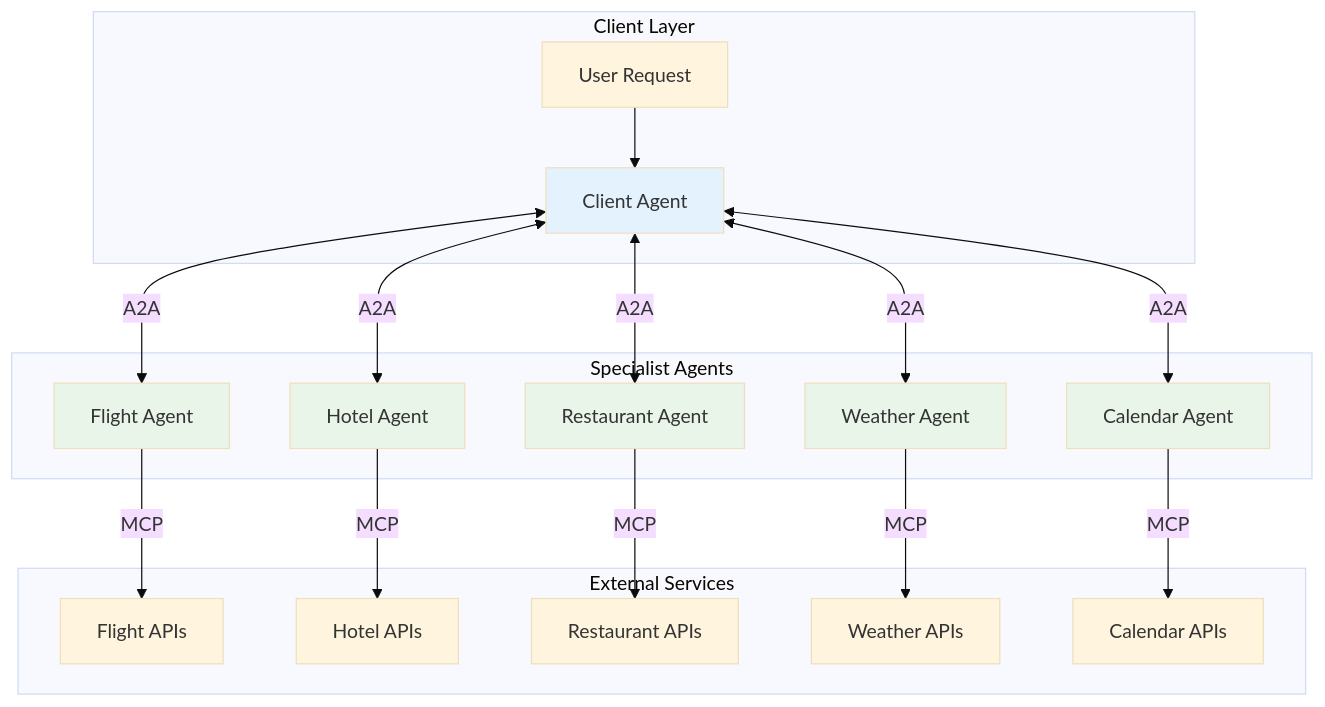
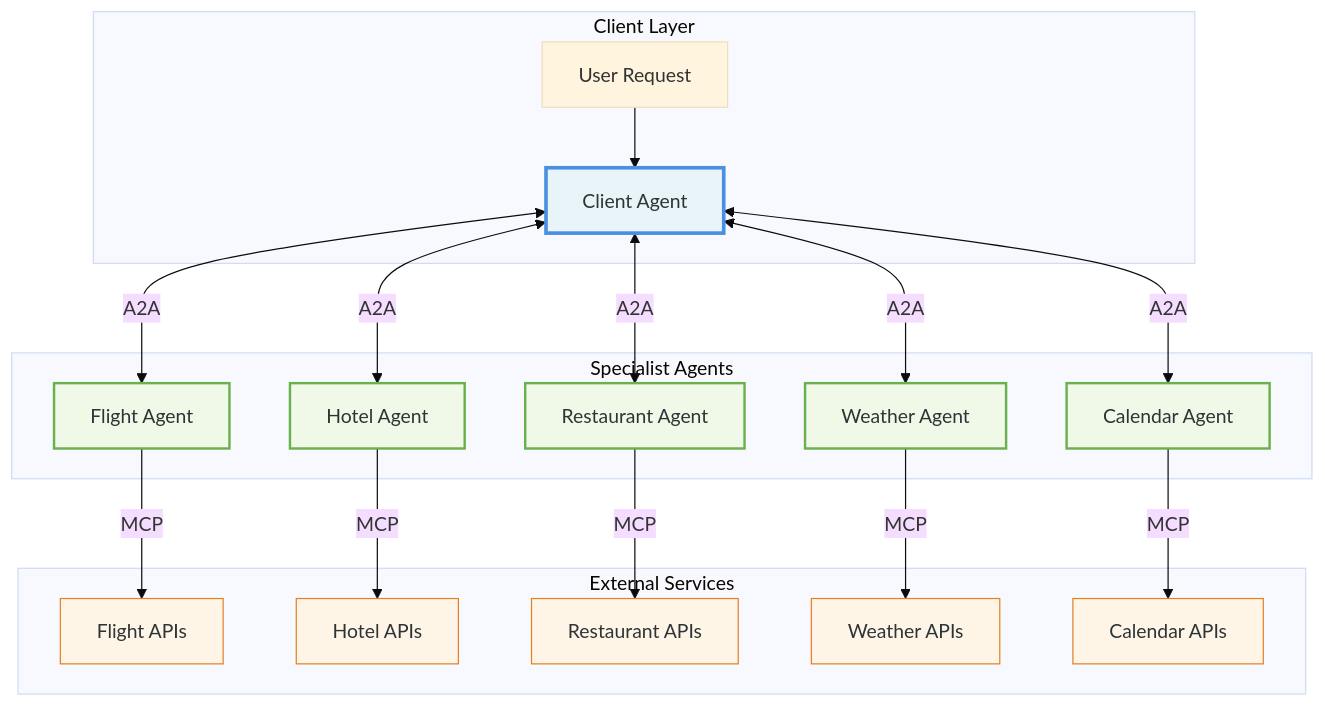
One commit to raphaelmansuy/tutorials changed the fourth of 5 diagrams in 28-a2a.md. Above: the diagram before and after it, drawn with Mermaid (base theme). The commit also changed other lines of this file, not shown here.

````diff
--- a/28-a2a.md
+++ b/28-a2a.md
@@ -402,41 +476,46 @@
 ```mermaid
 graph TB
     subgraph "Client Layer"
         U[User Request] --> CA[Client Agent]
     end
 
     subgraph "Specialist Agents"
         FA[Flight Agent]
         HA[Hotel Agent]
         RA[Restaurant Agent]
         WA[Weather Agent]
         CLA[Calendar Agent]
     end
 
     subgraph "External Services"
         FS[Flight APIs]
         HS[Hotel APIs]
         RS[Restaurant APIs]
         WS[Weather APIs]
         CS[Calendar APIs]
     end
 
     CA <-->|A2A| FA
     CA <-->|A2A| HA
     CA <-->|A2A| RA
     CA <-->|A2A| WA
     CA <-->|A2A| CLA
 
     FA -->|MCP| FS
     HA -->|MCP| HS
     RA -->|MCP| RS
     WA -->|MCP| WS
     CLA -->|MCP| CS
 
-    style CA fill:#e3f2fd
-    style FA fill:#e8f5e8
-    style HA fill:#e8f5e8
-    style RA fill:#e8f5e8
-    style WA fill:#e8f5e8
-    style CLA fill:#e8f5e8
+    style CA fill:#e8f4f8,stroke:#4a90e2,stroke-width:3px,color:#2d3436
+    style FA fill:#f0f9e8,stroke:#6ab04c,stroke-width:2px,color:#2d3436
+    style HA fill:#f0f9e8,stroke:#6ab04c,stroke-width:2px,color:#2d3436
+    style RA fill:#f0f9e8,stroke:#6ab04c,stroke-width:2px,color:#2d3436
+    style WA fill:#f0f9e8,stroke:#6ab04c,stroke-width:2px,color:#2d3436
+    style CLA fill:#f0f9e8,stroke:#6ab04c,stroke-width:2px,color:#2d3436
+    style FS fill:#fef5e7,stroke:#e67e22,stroke-width:1px,color:#2d3436
+    style HS fill:#fef5e7,stroke:#e67e22,stroke-width:1px,color:#2d3436
+    style RS fill:#fef5e7,stroke:#e67e22,stroke-width:1px,color:#2d3436
+    style WS fill:#fef5e7,stroke:#e67e22,stroke-width:1px,color:#2d3436
+    style CS fill:#fef5e7,stroke:#e67e22,stroke-width:1px,color:#2d3436
 ```
````
